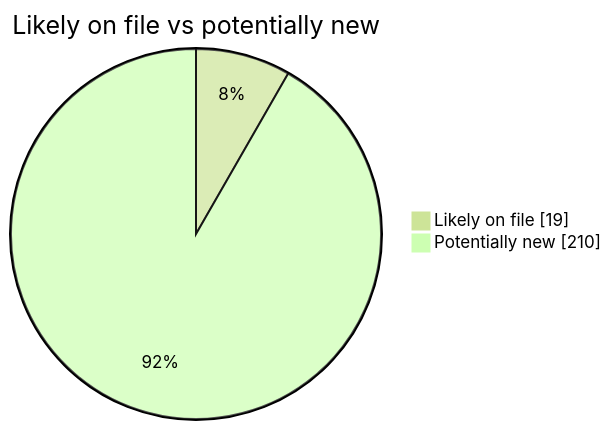
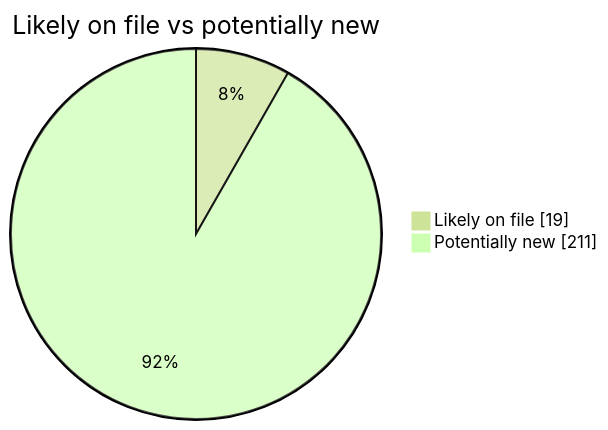
The second of 4 diagrams in README.md (martinbalfanz/social-scanner-reports), drawn with Mermaid (forest theme) before and after one commit. The commit also changed other lines of this file and 2 other files, not shown here.

````diff
--- a/README.md
+++ b/README.md
@@ -40,5 +40,5 @@
 ```mermaid
 pie showData title Likely on file vs potentially new
     "Likely on file" : 19
-    "Potentially new" : 210
+    "Potentially new" : 211
 ```
````
